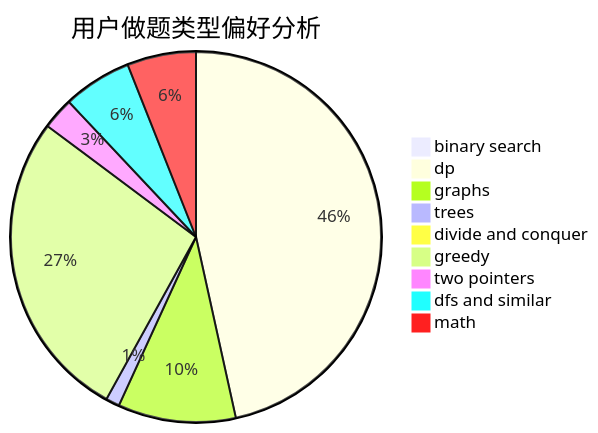
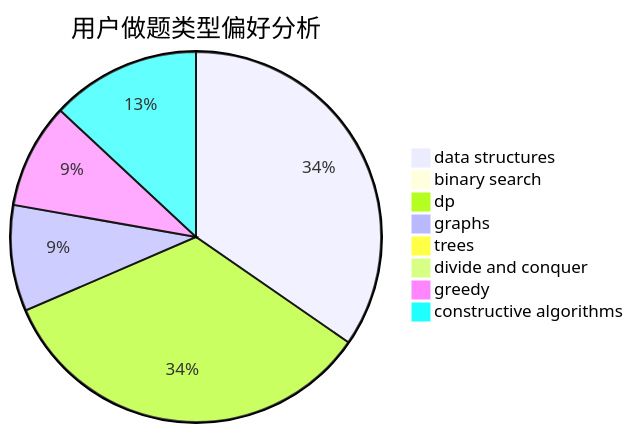
The second of 3 diagrams in docs/user/u591.md (sherpahu/cfrs.github.io), drawn with Mermaid before and after one commit. The commit also changed other lines of this file and 2775 other files, not shown here.

````diff
--- a/docs/user/u591.md
+++ b/docs/user/u591.md
@@ -23,12 +23,11 @@
 ```mermaid
 pie title 用户做题类型偏好分析
-    "binary search" :  5
-    "dp" :  620
-    "graphs" :  137
-    "trees" :  16
+    "data structures" :  374
+    "binary search" :  0
+    "dp" :  366
+    "graphs" :  100
+    "trees" :  8
     "divide and conquer" :  0
-    "greedy" :  362
-    "two pointers" :  37
-    "dfs and similar" :  80
-    "math" :  80
+    "greedy" :  99
+    "constructive algorithms" :  141
 ```
````
